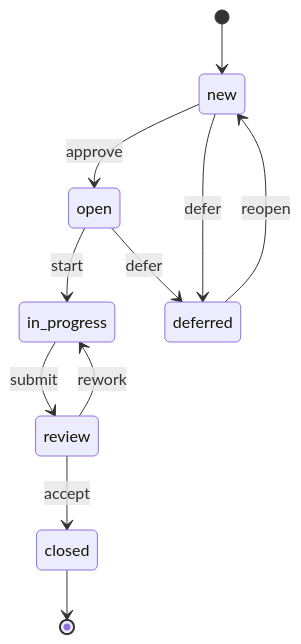
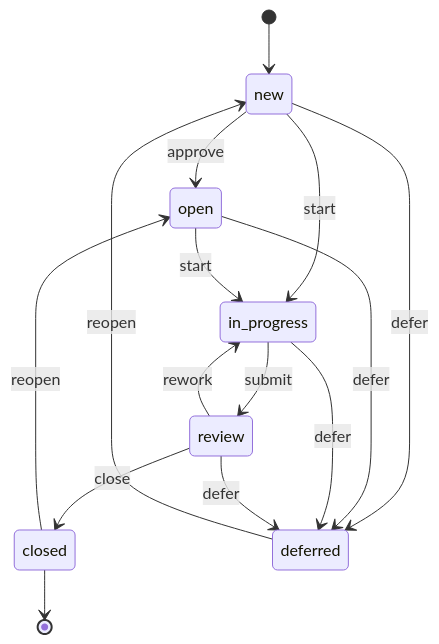
One commit to joyint/joy changed the first of 2 diagrams in docs/dev/vision/README.md. Above: the diagram before and after it, drawn with Mermaid. The commit also changed other lines of this file and 6 other files, not shown here.

First line of the commit message:
docs: explain status workflow, open/gates/AI triage, align vision diagram [JOY-01AD-0A] [JOY-01AE-50]

````diff
--- a/docs/dev/vision/README.md
+++ b/docs/dev/vision/README.md
@@ -139,14 +139,18 @@
 ```mermaid
 stateDiagram-v2
     [*] --> new
     new --> open : approve
-    new --> deferred : defer
+    new --> in_progress : start
     open --> in_progress : start
     state in_progress : in-progress
+    in_progress --> review : submit
+    review --> closed : close
+    review --> in_progress : rework
+    new --> deferred : defer
     open --> deferred : defer
-    in_progress --> review : submit
-    review --> closed : accept
-    review --> in_progress : rework
+    in_progress --> deferred : defer
+    review --> deferred : defer
     deferred --> new : reopen
+    closed --> open : reopen
     closed --> [*]
 ```
````
